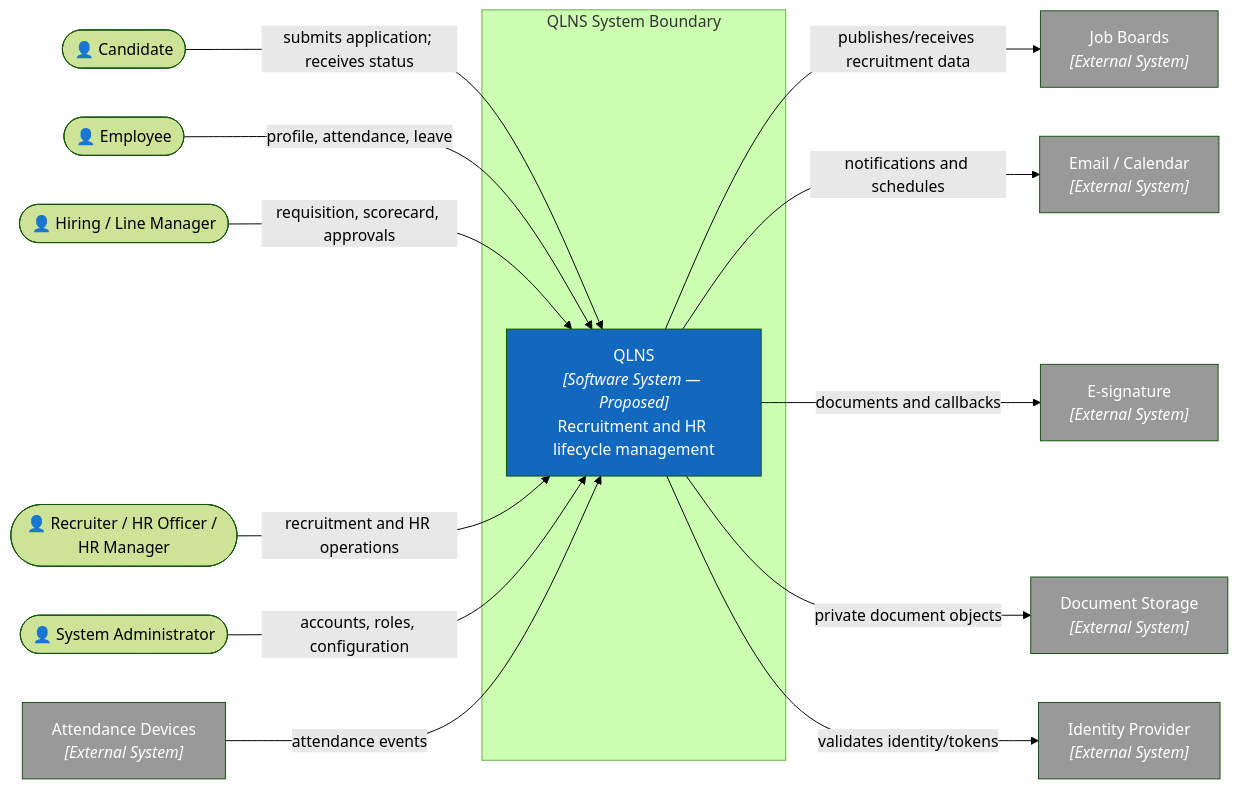
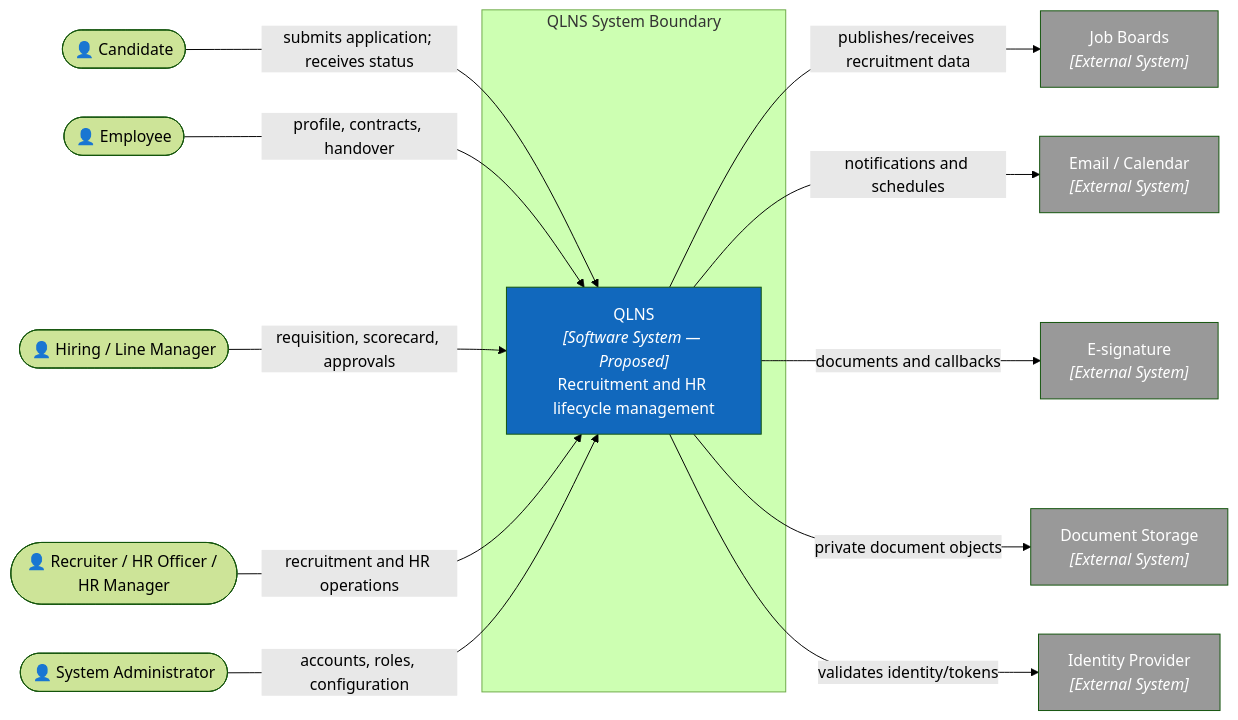
One commit to nvdat16/QLNS changed the first of 12 diagrams in docs/architecture.md. Above: the diagram before and after it, drawn with Mermaid (forest theme). The commit also changed other lines of this file and 20 other files, not shown here.

````diff
--- a/docs/architecture.md
+++ b/docs/architecture.md
@@ -64,39 +64,36 @@
 ```mermaid
 flowchart LR
     candidate(["👤 Candidate"])
     employee(["👤 Employee"])
     manager(["👤 Hiring / Line Manager"])
     hr(["👤 Recruiter / HR Officer / HR Manager"])
     admin(["👤 System Administrator"])
 
     subgraph boundary["QLNS System Boundary"]
         qlns["QLNS<br/><i>[Software System — Proposed]</i><br/>Recruitment and HR lifecycle management"]
     end
 
     jobboards["Job Boards<br/><i>[External System]</i>"]
     comms["Email / Calendar<br/><i>[External System]</i>"]
     esign["E-signature<br/><i>[External System]</i>"]
-    devices["Attendance Devices<br/><i>[External System]</i>"]
     storage["Document Storage<br/><i>[External System]</i>"]
     idp["Identity Provider<br/><i>[External System]</i>"]
 
     candidate -- "submits application; receives status" --> qlns
-    employee -- "profile, attendance, leave" --> qlns
+    employee -- "profile, contracts, handover" --> qlns
     manager -- "requisition, scorecard, approvals" --> qlns
     hr -- "recruitment and HR operations" --> qlns
     admin -- "accounts, roles, configuration" --> qlns
     qlns -- "publishes/receives recruitment data" --> jobboards
     qlns -- "notifications and schedules" --> comms
     qlns -- "documents and callbacks" --> esign
-    devices -- "attendance events" --> qlns
     qlns -- "private document objects" --> storage
     qlns -- "validates identity/tokens" --> idp
 
     style qlns fill:#1168bd,color:#fff
     style jobboards fill:#999,color:#fff
     style comms fill:#999,color:#fff
     style esign fill:#999,color:#fff
-    style devices fill:#999,color:#fff
     style storage fill:#999,color:#fff
     style idp fill:#999,color:#fff
 ```
````
